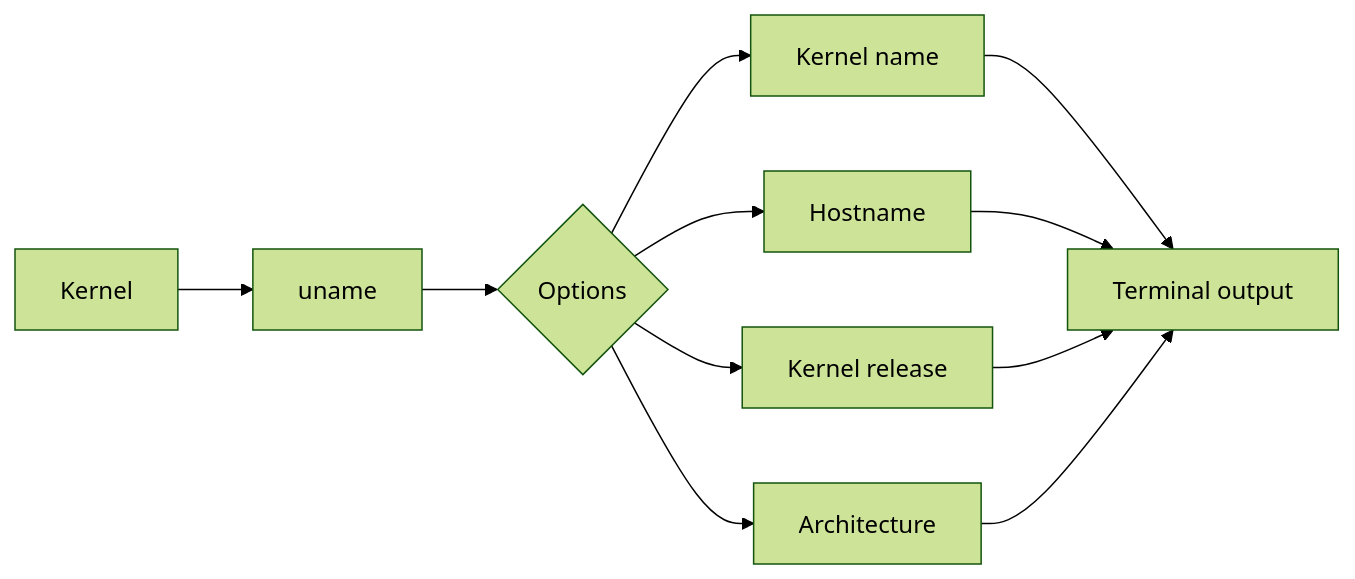
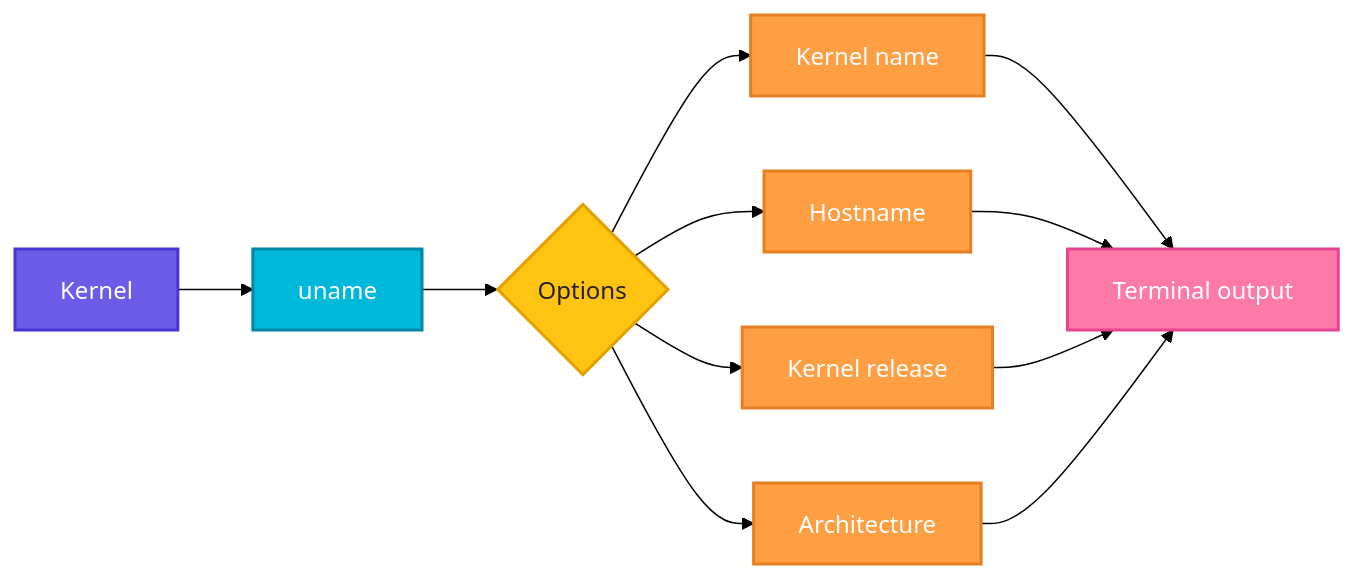
One commit to codeKerdosTech/DevOps-Documentation changed the diagram in linux/system-info/uname.md. Above: the diagram before and after it, drawn with Mermaid (forest theme). The commit also changed 16 other files, not shown here.

````diff
--- a/linux/system-info/uname.md
+++ b/linux/system-info/uname.md
@@ -14,13 +14,25 @@
 ```mermaid
 flowchart LR
     A[Kernel] --> B[uname]
     B --> C{Options}
     C --> D[Kernel name]
     C --> E[Hostname]
     C --> F[Kernel release]
     C --> G[Architecture]
     D --> H[Terminal output]
     E --> H
     F --> H
     G --> H
+    classDef start fill:#6C5CE7,stroke:#4834D4,stroke-width:2px,color:#fff
+    classDef proc fill:#00B8D9,stroke:#0087A8,stroke-width:2px,color:#fff
+    classDef dec fill:#FFC312,stroke:#E1A100,stroke-width:2px,color:#222
+    classDef ok fill:#2ECC71,stroke:#1E8449,stroke-width:2px,color:#fff
+    classDef err fill:#FF4757,stroke:#C0392B,stroke-width:2px,color:#fff
+    classDef out fill:#FD79A8,stroke:#E84393,stroke-width:2px,color:#fff
+    classDef alt fill:#FF9F43,stroke:#E67E22,stroke-width:2px,color:#fff
+    class A start
+    class B proc
+    class C dec
+    class D,E,F,G alt
+    class H out
 ```
````
